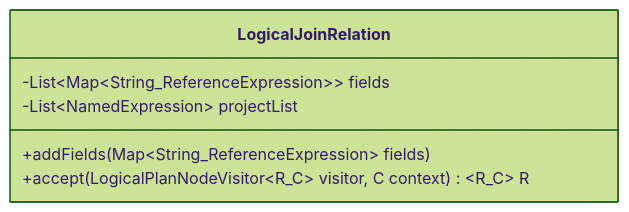
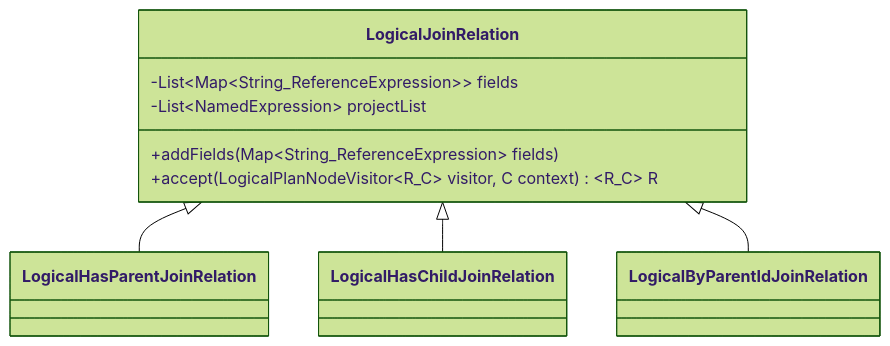
Before and after one commit to Bit-Quill/opensearch-project-sql: the eighth of 9 diagrams in docs/dev/opensearch-same-table-join-query.md, drawn with Mermaid (forest theme). The commit also changed other lines of this file, not shown here.

Commit message:
Update opensearch-same-table-join-query.md for first-pass review

````diff
--- a/docs/dev/opensearch-same-table-join-query.md
+++ b/docs/dev/opensearch-same-table-join-query.md
@@ -1061,9 +1065,22 @@
 ```mermaid
 classDiagram
     class LogicalJoinRelation {
         -List~Map~String_ReferenceExpression~~ fields
         -List~NamedExpression~ projectList
         +addFields(Map~String_ReferenceExpression~ fields)
         +accept(LogicalPlanNodeVisitor~R_C~ visitor, C context) ~R_C~ R
     }
+    
+    class LogicalHasParentJoinRelation {
+    }
+    
+    class LogicalHasChildJoinRelation {
+    } 
+    
+    class LogicalByParentIdJoinRelation {
+    } 
+    
+    LogicalJoinRelation <|-- LogicalHasParentJoinRelation 
+    LogicalJoinRelation <|-- LogicalHasChildJoinRelation 
+    LogicalJoinRelation <|-- LogicalByParentIdJoinRelation 
 ```
````
